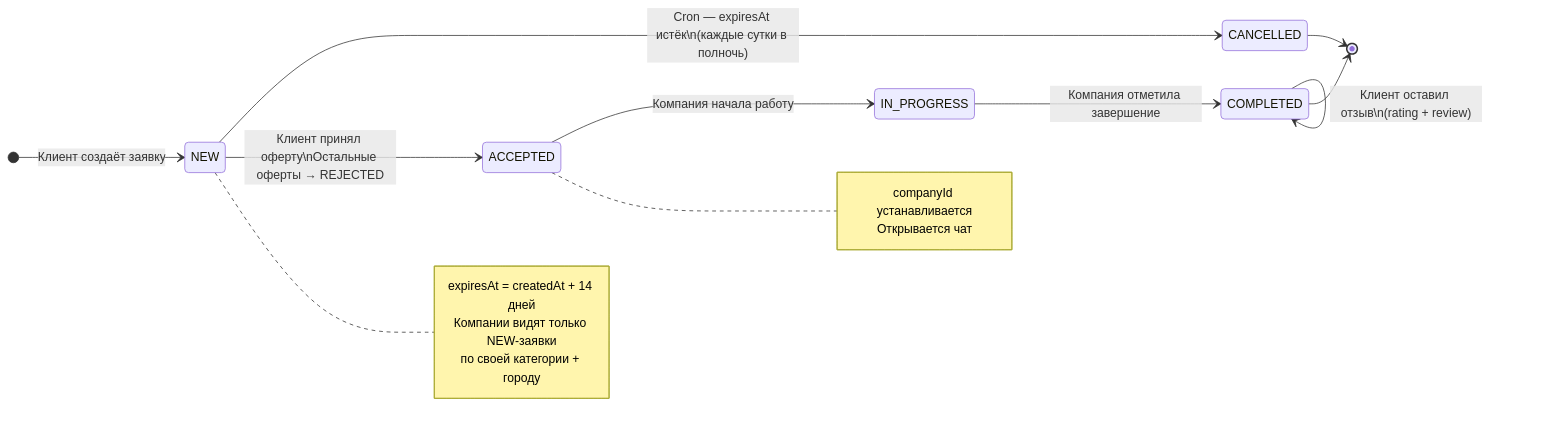
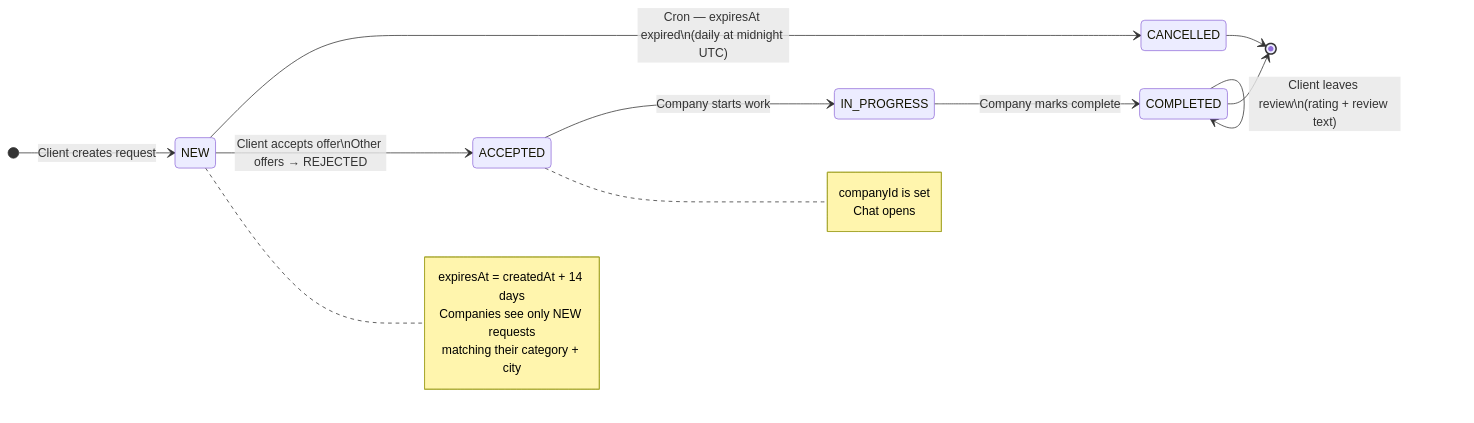
Before and after one commit to Asanali2077/remont_kz: the second of 10 diagrams in diploma.md, drawn with Mermaid. The commit also changed other lines of this file and 2 other files, not shown here.

````diff
--- a/diploma.md
+++ b/diploma.md
@@ -1132,28 +1269,28 @@
 ```mermaid
 stateDiagram-v2
     direction LR
-    [*] --> NEW : Клиент создаёт заявку
+    [*] --> NEW : Client creates request
 
-    NEW --> CANCELLED : Cron — expiresAt истёк\n(каждые сутки в полночь)
-    NEW --> ACCEPTED : Клиент принял оферту\nОстальные оферты → REJECTED
+    NEW --> CANCELLED : Cron — expiresAt expired\n(daily at midnight UTC)
+    NEW --> ACCEPTED : Client accepts offer\nOther offers → REJECTED
 
-    ACCEPTED --> IN_PROGRESS : Компания начала работу
+    ACCEPTED --> IN_PROGRESS : Company starts work
 
-    IN_PROGRESS --> COMPLETED : Компания отметила завершение
+    IN_PROGRESS --> COMPLETED : Company marks complete
 
-    COMPLETED --> COMPLETED : Клиент оставил отзыв\n(rating + review)
+    COMPLETED --> COMPLETED : Client leaves review\n(rating + review text)
 
     COMPLETED --> [*]
     CANCELLED --> [*]
 
     note right of NEW
-        expiresAt = createdAt + 14 дней
-        Компании видят только NEW-заявки
-        по своей категории + городу
+        expiresAt = createdAt + 14 days
+        Companies see only NEW requests
+        matching their category + city
     end note
 
     note right of ACCEPTED
-        companyId устанавливается
-        Открывается чат
+        companyId is set
+        Chat opens
     end note
 ```
````
